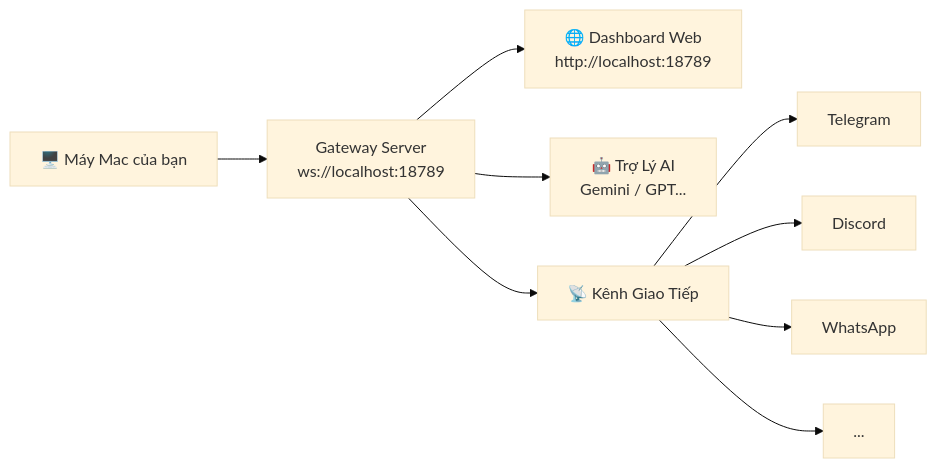
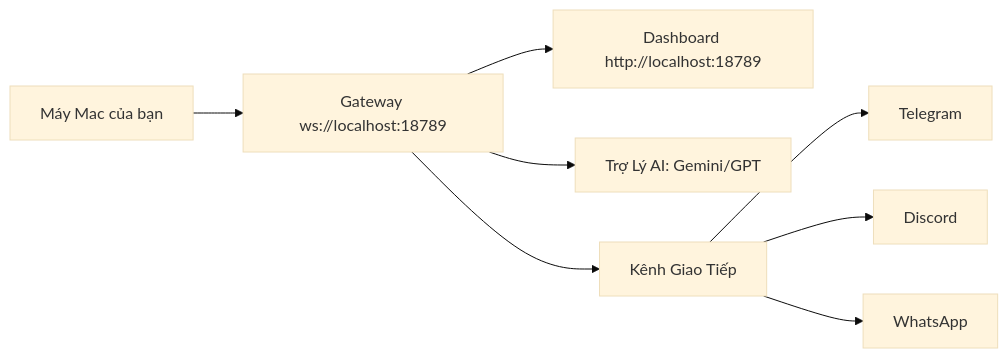
The fourth of 4 diagrams in huong-dan/bat-dau.md (orecateamedu/irukaclaw), drawn with Mermaid (base theme) before and after one commit. The commit also changed other lines of this file and 4 other files, not shown here.

````diff
--- a/huong-dan/bat-dau.md
+++ b/huong-dan/bat-dau.md
@@ -235,11 +235,10 @@
 ```mermaid
 graph LR
-    A["🖥️ Máy Mac của bạn"] --> B["Gateway Server<br>ws://localhost:18789"]
-    B --> C["🌐 Dashboard Web<br>http://localhost:18789"]
-    B --> D["🤖 Trợ Lý AI<br>Gemini / GPT..."]
-    B --> E["📡 Kênh Giao Tiếp"]
+    A["Máy Mac của bạn"] --> B["Gateway ws://localhost:18789"]
+    B --> C["Dashboard http://localhost:18789"]
+    B --> D["Trợ Lý AI: Gemini/GPT"]
+    B --> E["Kênh Giao Tiếp"]
     E --> F["Telegram"]
     E --> G["Discord"]
     E --> H["WhatsApp"]
-    E --> I["..."]
 ```
````
